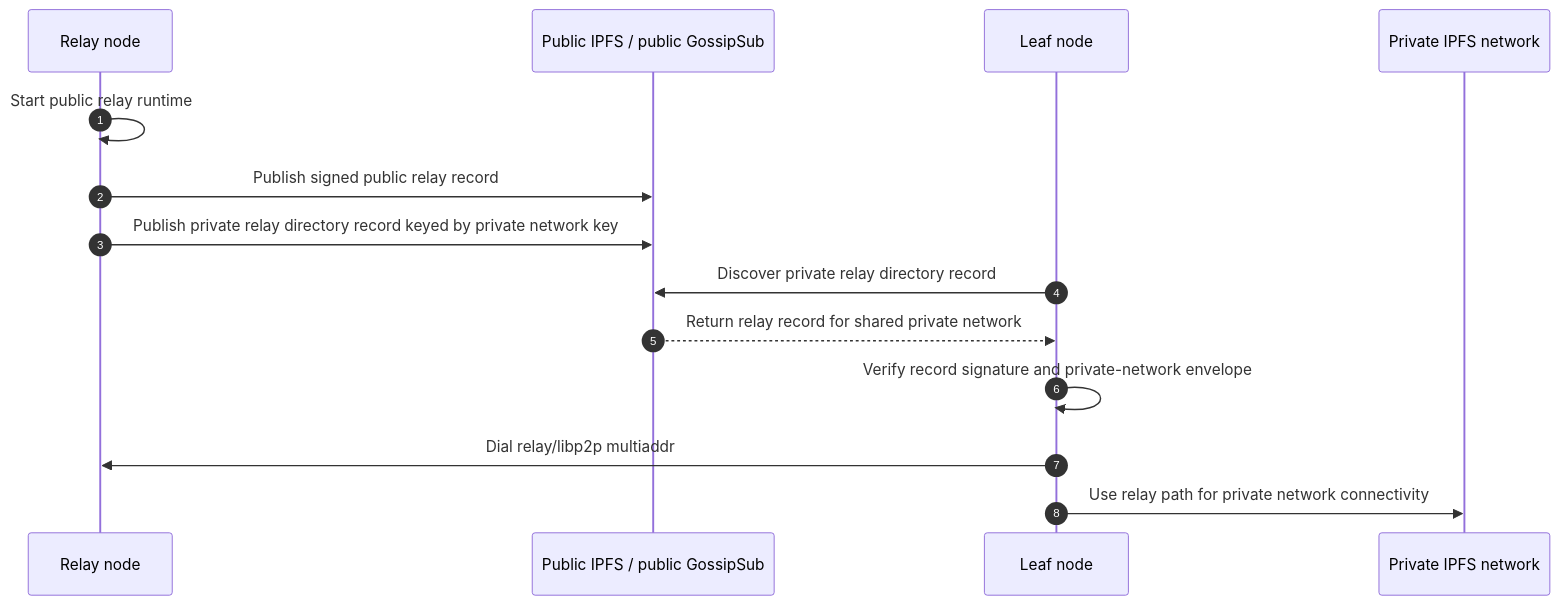
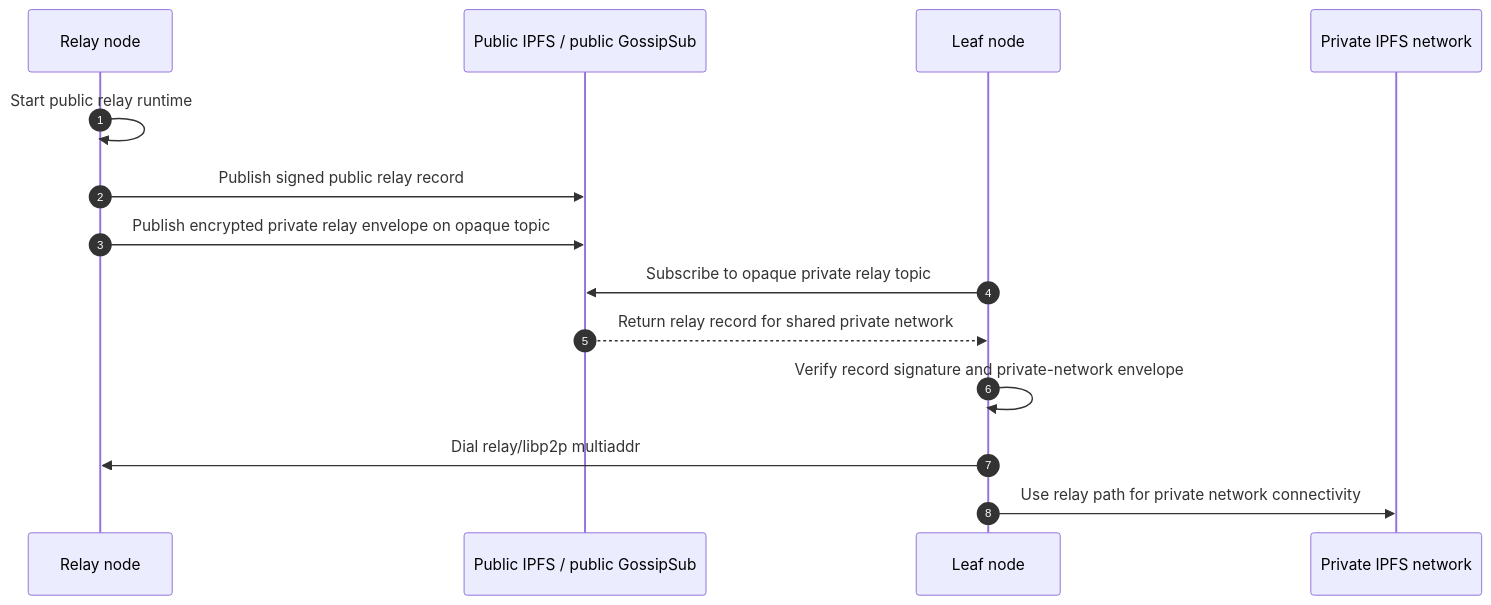
One commit to haskou/pigeon-swarm-node changed the second of 5 diagrams in docs/p2p-communication.md. Above: the diagram before and after it, drawn with Mermaid. The commit also changed other lines of this file and 8 other files, not shown here.

Commit message:
fix(relay): 🐛 Discover private relays over pubsub

````diff
--- a/docs/p2p-communication.md
+++ b/docs/p2p-communication.md
@@ -135,17 +136,17 @@
 ```mermaid
 sequenceDiagram
   autonumber
   participant R as Relay node
   participant Pub as Public IPFS / public GossipSub
   participant L as Leaf node
   participant Priv as Private IPFS network
 
   R->>R: Start public relay runtime
   R->>Pub: Publish signed public relay record
-  R->>Pub: Publish private relay directory record keyed by private network key
-  L->>Pub: Discover private relay directory record
+  R->>Pub: Publish encrypted private relay envelope on opaque topic
+  L->>Pub: Subscribe to opaque private relay topic
   Pub-->>L: Return relay record for shared private network
   L->>L: Verify record signature and private-network envelope
   L->>R: Dial relay/libp2p multiaddr
   L->>Priv: Use relay path for private network connectivity
 ```
````
